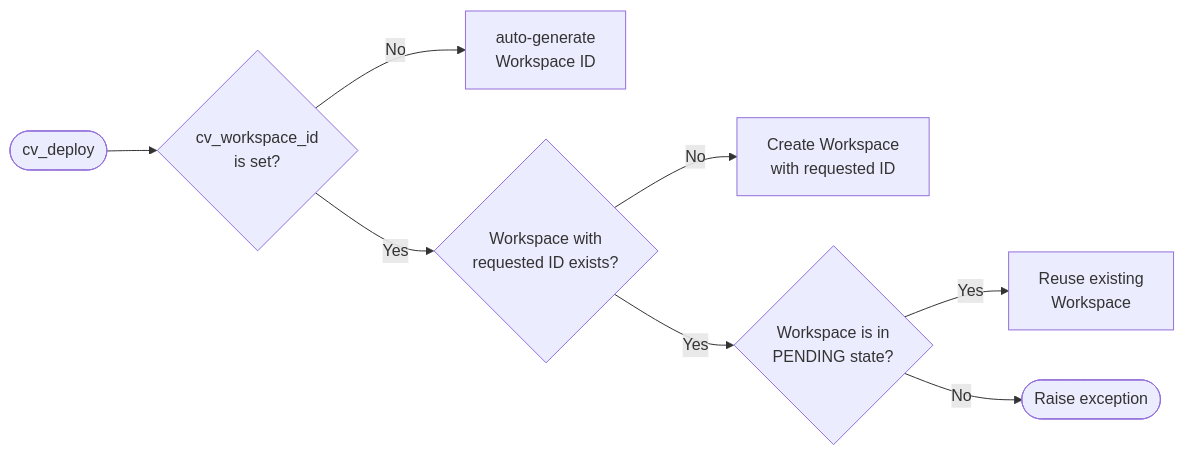
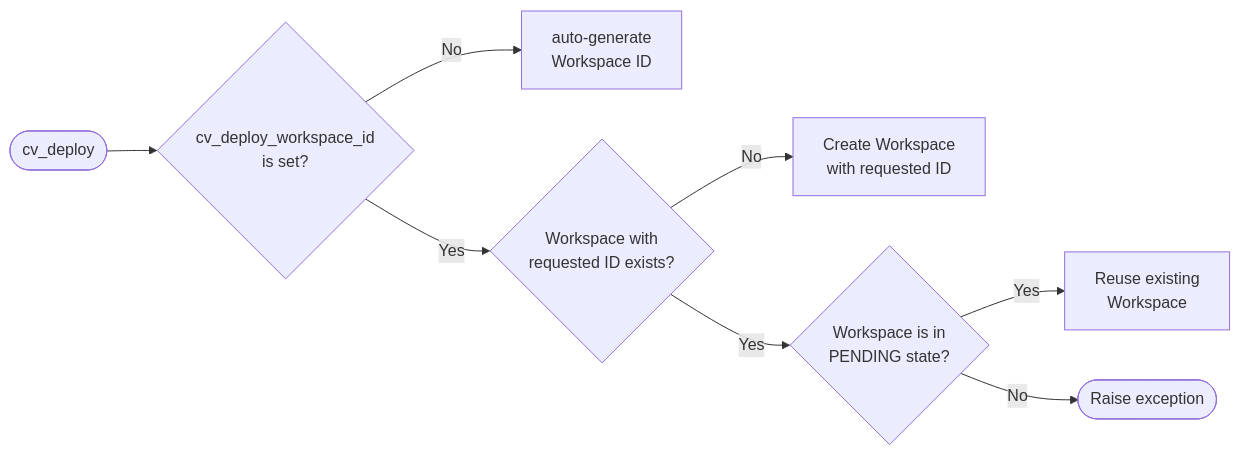
One commit to aristanetworks/avd changed the first of 3 diagrams in ansible_collections/arista/avd/roles/cv_deploy/README.md. Above: the diagram before and after it, drawn with Mermaid. The commit also changed other lines of this file and 74 other files, not shown here.

````diff
--- a/ansible_collections/arista/avd/roles/cv_deploy/README.md
+++ b/ansible_collections/arista/avd/roles/cv_deploy/README.md
@@ -359,10 +359,10 @@
 ```mermaid
 flowchart LR
-    A([cv_deploy]) --> B{cv_workspace_id\nis set?}
+    A([cv_deploy]) --> B{cv_deploy_workspace_id\nis set?}
     B -- No --> C[auto-generate\nWorkspace ID]
     B -- Yes --> D{Workspace with\nrequested ID exists?}
     D -- No --> E[Create Workspace\nwith requested ID]
     D -- Yes --> G{Workspace is in\nPENDING state?}
     G -- Yes --> F[Reuse existing\nWorkspace]
     G -- No --> I([Raise exception])
 ```
````
